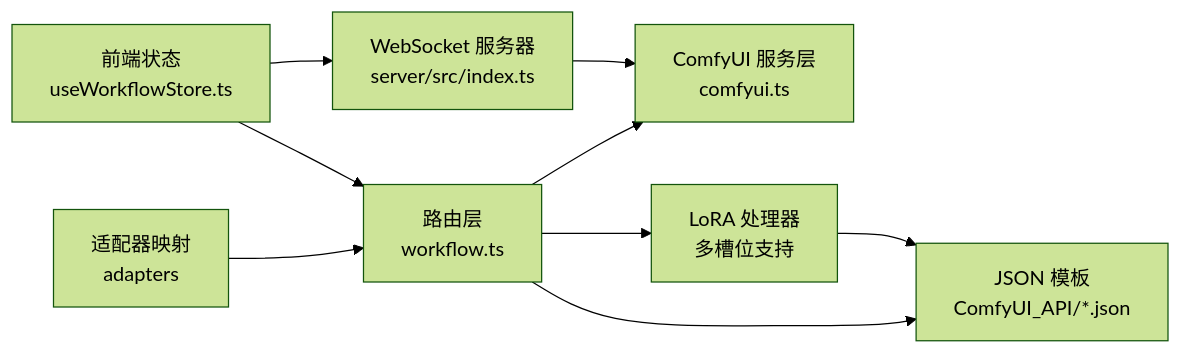
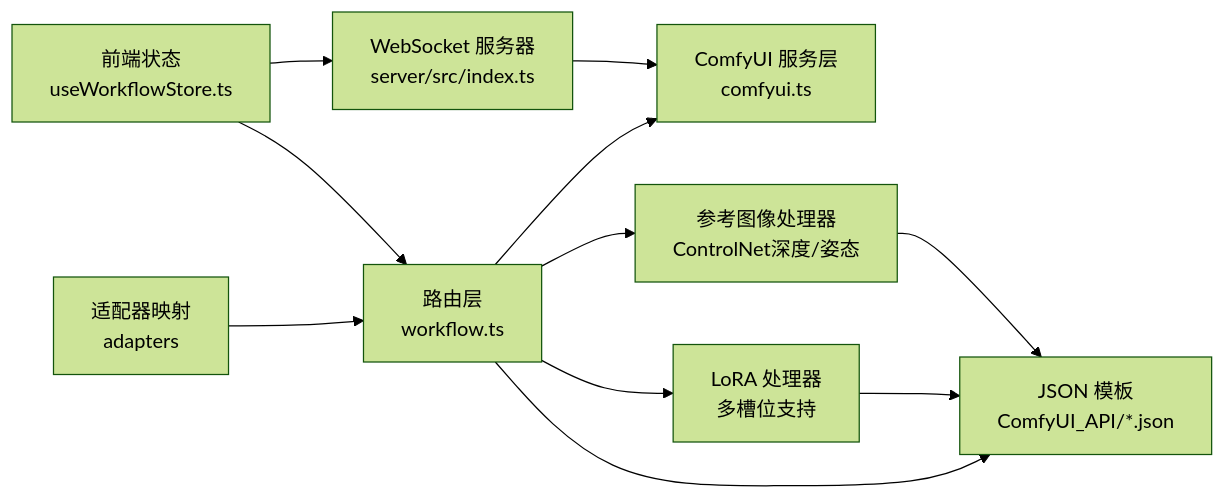
Before and after one commit to billye220670/CorineKit_Pix2Real: diagram 12 of 12 in .qoder/repowiki/zh/content/工作流系统/工作流系统.md, drawn with Mermaid (forest theme). The commit also changed other lines of this file and 11 other files, not shown here.

````diff
--- a/.qoder/repowiki/zh/content/工作流系统/工作流系统.md
+++ b/.qoder/repowiki/zh/content/工作流系统/工作流系统.md
@@ -619,11 +807,13 @@
 ```mermaid
 graph LR
 Adapters["适配器映射<br/>adapters"] --> Router["路由层<br/>workflow.ts"]
 Router --> Service["ComfyUI 服务层<br/>comfyui.ts"]
 Router --> Templates["JSON 模板<br/>ComfyUI_API/*.json"]
 Router --> LoRAHandler["LoRA 处理器<br/>多槽位支持"]
+Router --> RefHandler["参考图像处理器<br/>ControlNet深度/姿态"]
 Frontend["前端状态<br/>useWorkflowStore.ts"] --> Router
 Frontend --> WS["WebSocket 服务器<br/>server/src/index.ts"]
 WS --> Service
 LoRAHandler --> Templates
+RefHandler --> Templates
 ```
````
